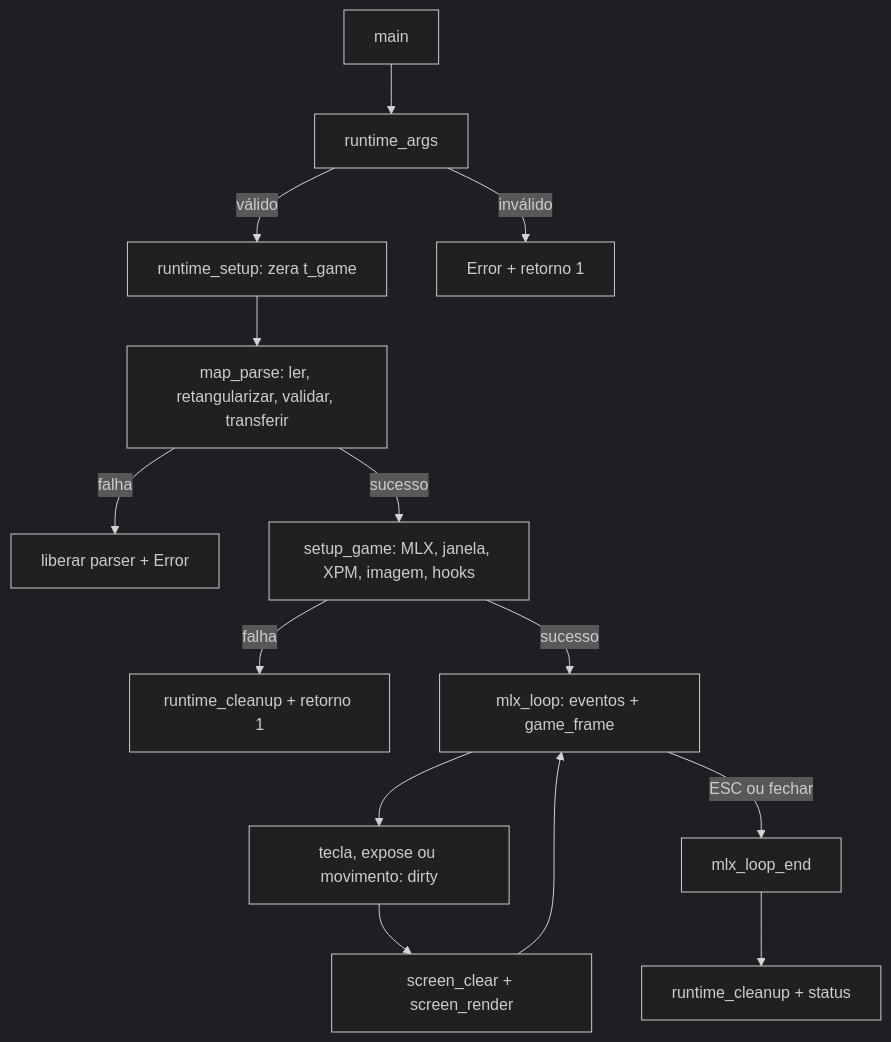
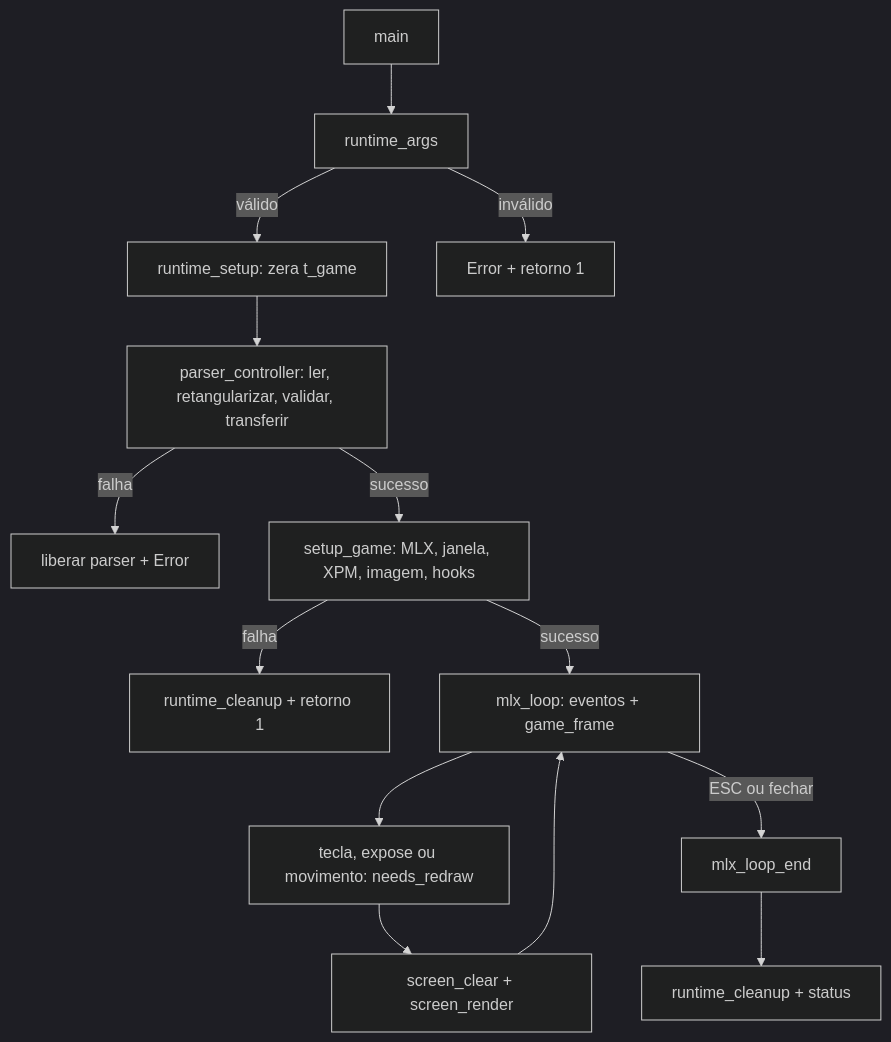
One commit to fparol4/cub3d changed the second of 2 diagrams in REVIEW.md. Above: the diagram before and after it, drawn with Mermaid (dark theme). The commit also changed other lines of this file and 44 other files, not shown here.

````diff
--- a/REVIEW.md
+++ b/REVIEW.md
@@ -66,16 +66,16 @@
 ```mermaid
 flowchart TD
     A[main] --> B[runtime_args]
     B -->|válido| C[runtime_setup: zera t_game]
     B -->|inválido| X[Error + retorno 1]
-    C --> D[map_parse: ler, retangularizar, validar, transferir]
+    C --> D[parser_controller: ler, retangularizar, validar, transferir]
     D -->|falha| Y[liberar parser + Error]
     D -->|sucesso| E[setup_game: MLX, janela, XPM, imagem, hooks]
     E -->|falha| F[runtime_cleanup + retorno 1]
     E -->|sucesso| G[mlx_loop: eventos + game_frame]
-    G --> H[tecla, expose ou movimento: dirty]
+    G --> H[tecla, expose ou movimento: needs_redraw]
     H --> I[screen_clear + screen_render]
     I --> G
     G -->|ESC ou fechar| J[mlx_loop_end]
     J --> K[runtime_cleanup + status]
 ```
````
